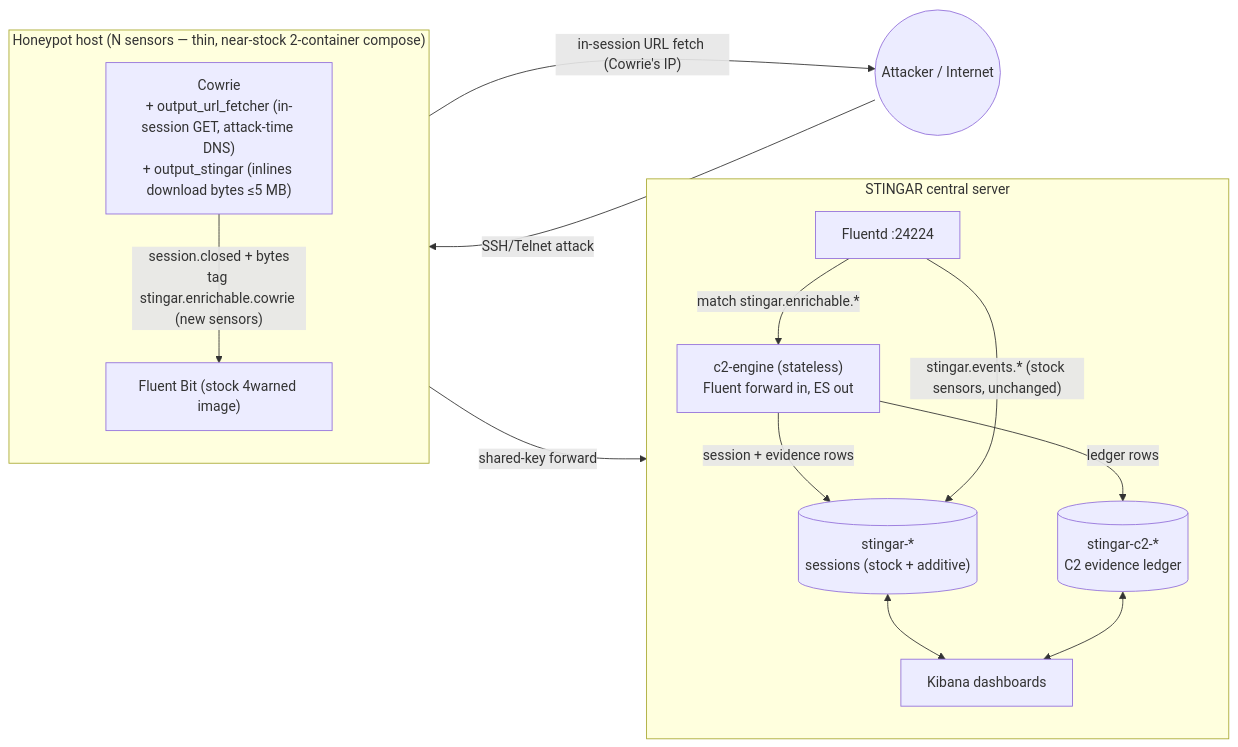
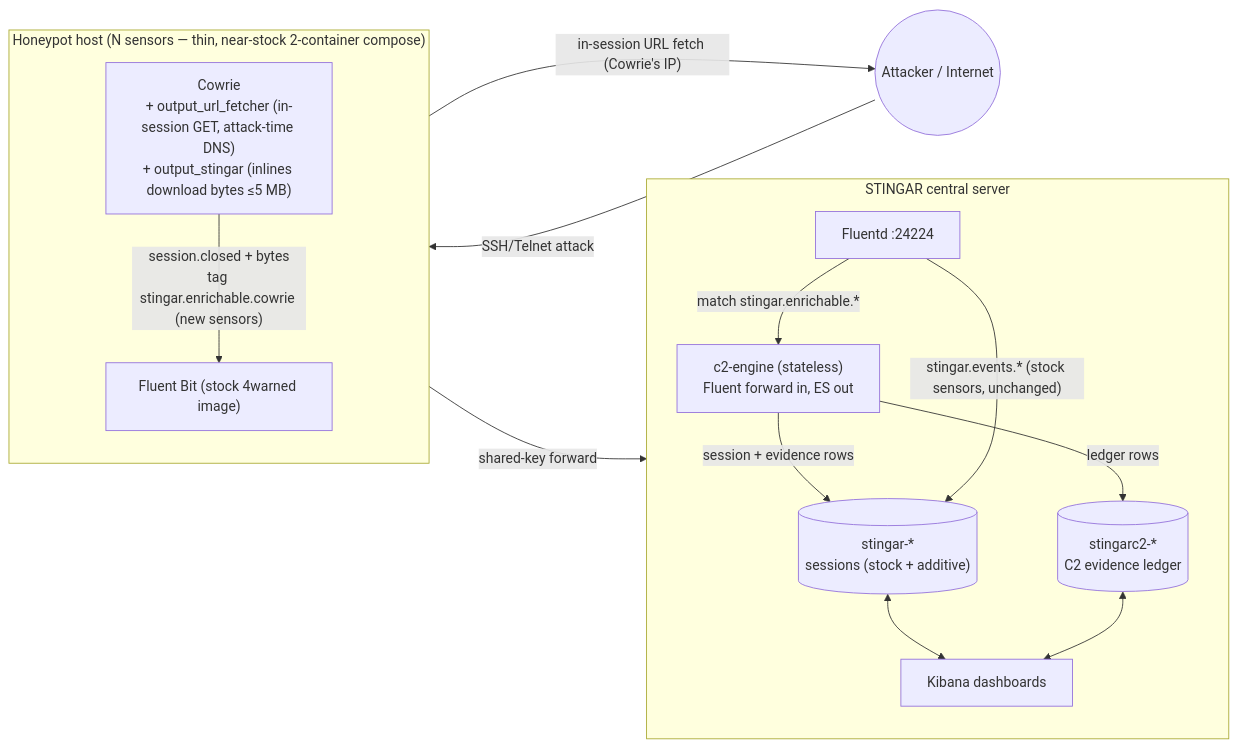
One commit to mlei06/c2-enricher changed the diagram in DESIGN.md. Above: the diagram before and after it, drawn with Mermaid. The commit also changed other lines of this file and 17 other files, not shown here.

````diff
--- a/DESIGN.md
+++ b/DESIGN.md
@@ -52,30 +52,30 @@
 ```mermaid
 flowchart LR
     Attacker((Attacker / Internet))
 
     subgraph Sensor["Honeypot host (N sensors — thin, near-stock 2-container compose)"]
         direction TB
         Cowrie["Cowrie<br/>+ output_url_fetcher (in-session GET, attack-time DNS)<br/>+ output_stingar (inlines download bytes ≤5 MB)"]
         SensorFB["Fluent Bit (stock 4warned image)"]
     end
 
     subgraph Central["STINGAR central server"]
         direction TB
         Fluentd["Fluentd :24224"]
         Engine["c2-engine (stateless)<br/>Fluent forward in, ES out"]
         ES1[("stingar-*<br/>sessions (stock + additive)")]
-        ES2[("stingar-c2-*<br/>C2 evidence ledger")]
+        ES2[("stingarc2-*<br/>C2 evidence ledger")]
         Kibana["Kibana dashboards"]
     end
 
     Attacker -- "SSH/Telnet attack" --> Cowrie
     Cowrie -- "in-session URL fetch (Cowrie's IP)" --> Attacker
     Cowrie -- "session.closed + bytes<br/>tag stingar.enrichable.cowrie (new sensors)" --> SensorFB
     SensorFB -- "shared-key forward" --> Fluentd
     Fluentd -- "match stingar.enrichable.*" --> Engine
     Engine -- "session + evidence rows" --> ES1
     Engine -- "ledger rows" --> ES2
     Fluentd -- "stingar.events.* (stock sensors, unchanged)" --> ES1
     ES1 <--> Kibana
     ES2 <--> Kibana
 ```
````
